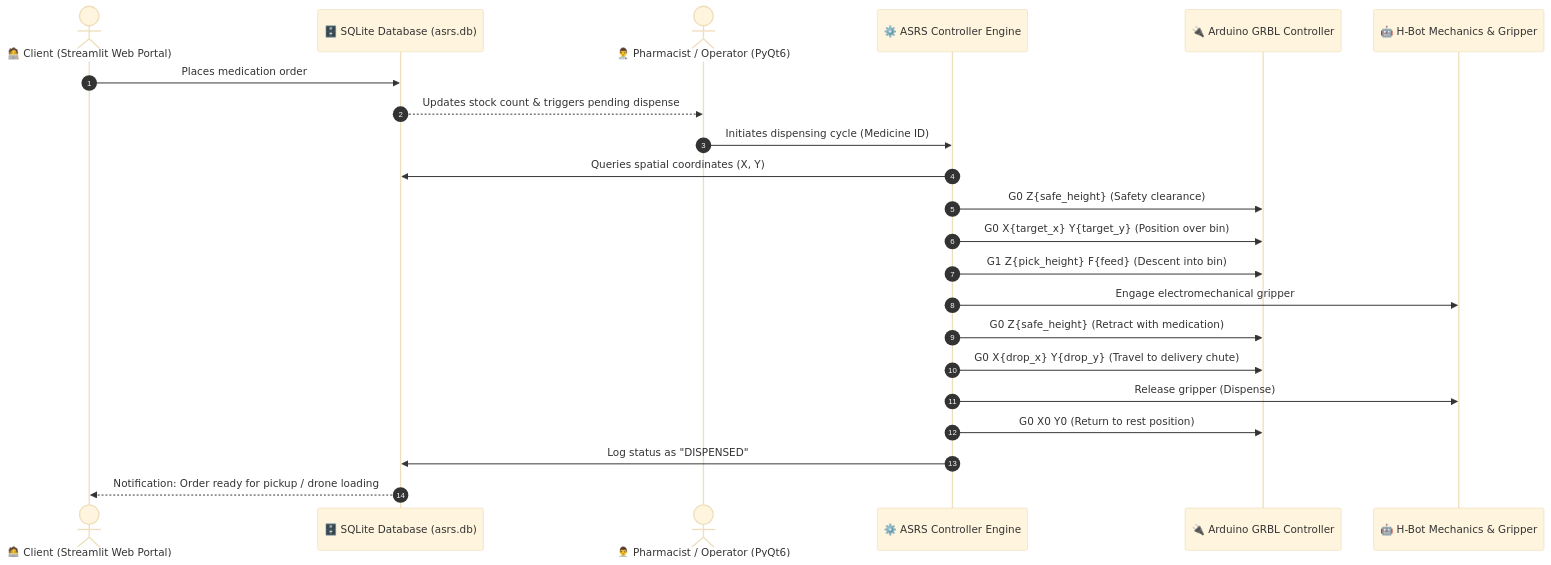
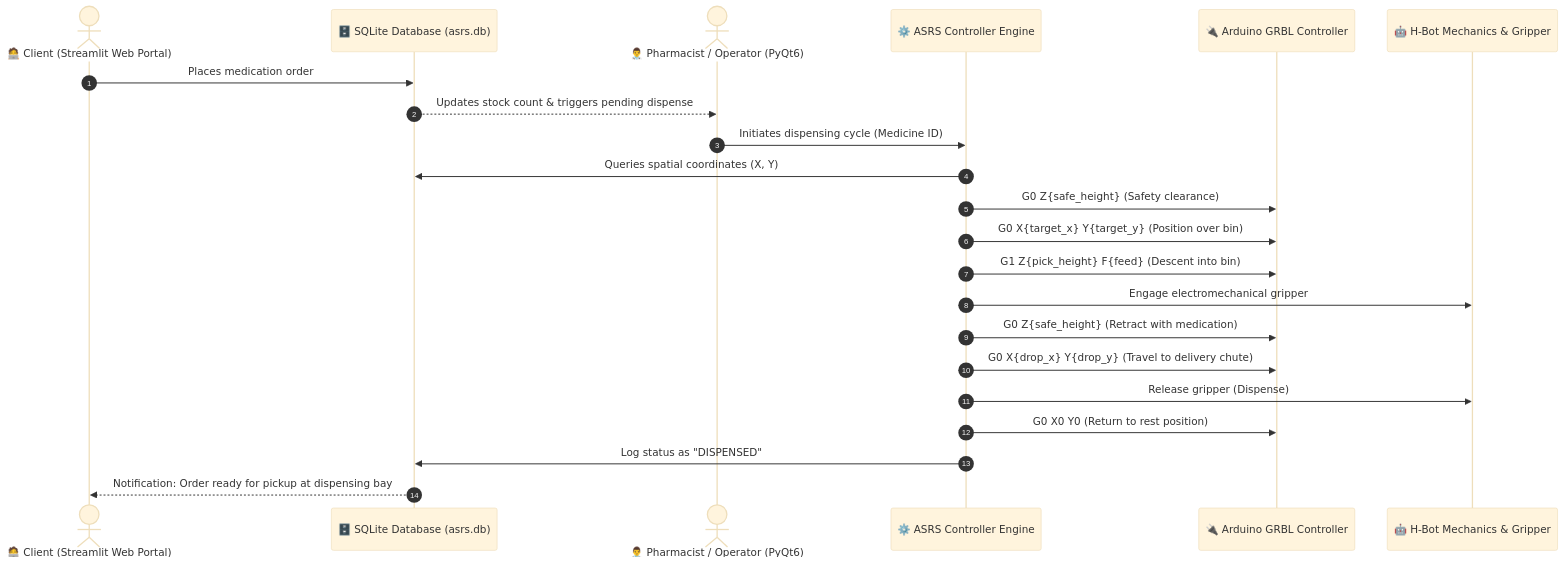
Before and after one commit to medhsiny2003/ASRS-ROBOT-BY-MOHAMMED-HSINY: the diagram in README.md, drawn with Mermaid (base theme). The commit also changed other lines of this file and 1 other file, not shown here.

Commit message:
docs: focus project exclusively on ASRS robotics system and remove drone section

````diff
--- a/README.md
+++ b/README.md
@@ -130,25 +125,25 @@
 ```mermaid
 sequenceDiagram
     autonumber
     actor Client as 🧑‍💻 Client (Streamlit Web Portal)
     participant DB as 🗄️ SQLite Database (asrs.db)
     actor Admin as 👨‍⚕️ Pharmacist / Operator (PyQt6)
     participant Controller as ⚙️ ASRS Controller Engine
     participant GRBL as 🔌 Arduino GRBL Controller
     participant Robot as 🤖 H-Bot Mechanics & Gripper
 
     Client->>DB: Places medication order
     DB-->>Admin: Updates stock count & triggers pending dispense
     Admin->>Controller: Initiates dispensing cycle (Medicine ID)
     Controller->>DB: Queries spatial coordinates (X, Y)
     Controller->>GRBL: G0 Z{safe_height} (Safety clearance)
     Controller->>GRBL: G0 X{target_x} Y{target_y} (Position over bin)
     Controller->>GRBL: G1 Z{pick_height} F{feed} (Descent into bin)
     Controller->>Robot: Engage electromechanical gripper
     Controller->>GRBL: G0 Z{safe_height} (Retract with medication)
     Controller->>GRBL: G0 X{drop_x} Y{drop_y} (Travel to delivery chute)
     Controller->>Robot: Release gripper (Dispense)
     Controller->>GRBL: G0 X0 Y0 (Return to rest position)
     Controller->>DB: Log status as "DISPENSED"
-    DB-->>Client: Notification: Order ready for pickup / drone loading
+    DB-->>Client: Notification: Order ready for pickup at dispensing bay
 ```
````
